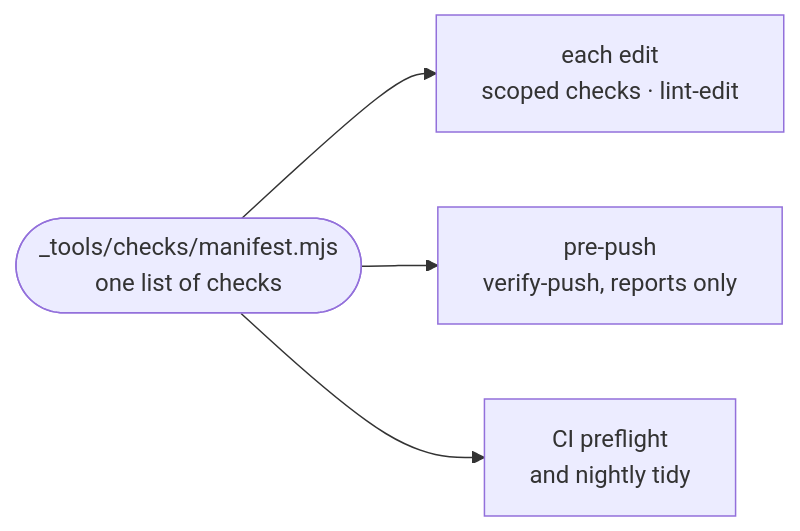
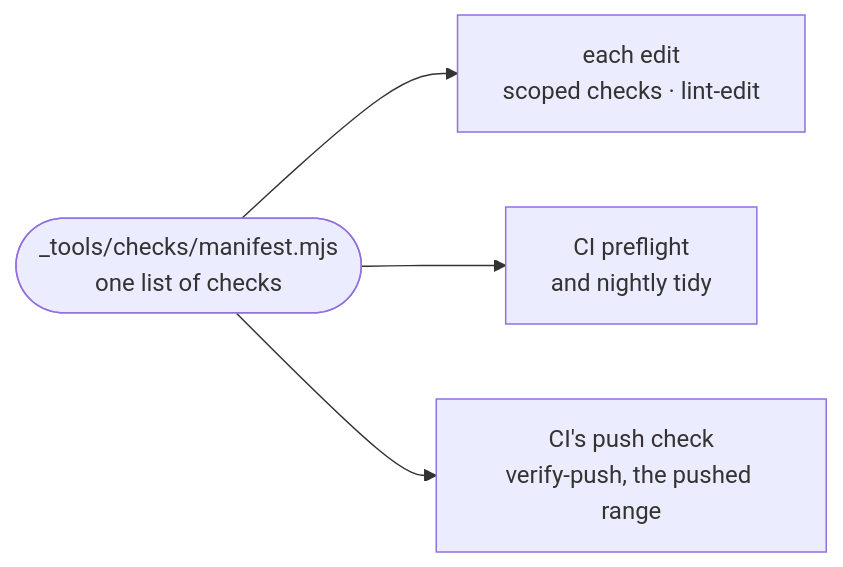
The diagram in docs/architecture/conventions.md (intentic/intentic), drawn with Mermaid before and after one commit. The commit also changed other lines of this file and 136 other files, not shown here.

First line of the commit message:
feat(workspace)!: drop push-checks, pre-push hook and FindingSchema

````diff
--- a/docs/architecture/conventions.md
+++ b/docs/architecture/conventions.md
@@ -5,6 +5,6 @@
 ```mermaid
 flowchart LR
     list(["_tools/checks/manifest.mjs<br/>one list of checks"]) --> edit["each edit<br/>scoped checks · lint-edit"]
-    list --> push["pre-push<br/>verify-push, reports only"]
     list --> ci["CI preflight<br/>and nightly tidy"]
+    list --> push["CI's push check<br/>verify-push, the pushed range"]
 ```
````
